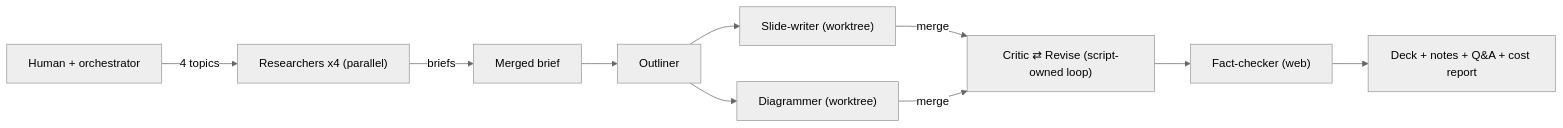
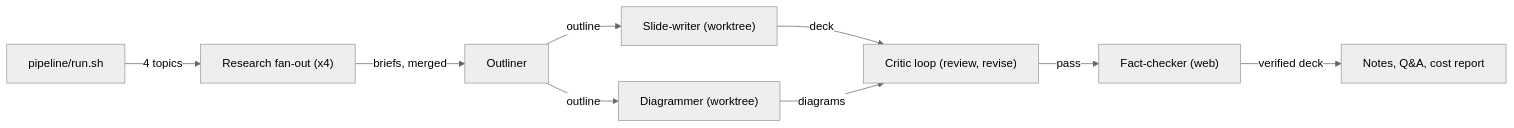
Before and after one commit to xoubish/multiGrits: the diagram in diagrams/meta-pipeline.mmd, drawn with Mermaid (neutral theme). The commit also changed 10 other files, not shown here.

Commit message:
pipeline: diagrammer in worktree diagrams

```diff
--- a/diagrams/meta-pipeline.mmd
+++ b/diagrams/meta-pipeline.mmd
@@ -1,9 +1,9 @@
 flowchart LR
-  H["Human + orchestrator"] -->|4 topics| R["Researchers x4 (parallel)"]
-  R -->|briefs| M["Merged brief"]
-  M --> O["Outliner"]
-  O --> W["Slide-writer (worktree)"]
-  O --> D["Diagrammer (worktree)"]
-  W & D -->|merge| C["Critic ⇄ Revise (script-owned loop)"]
-  C --> F["Fact-checker (web)"]
-  F --> S["Deck + notes + Q&A + cost report"]
+  H["pipeline/run.sh"] -->|"4 topics"| R["Research fan-out (x4)"]
+  R -->|"briefs, merged"| O["Outliner"]
+  O -->|"outline"| W["Slide-writer (worktree)"]
+  O -->|"outline"| D["Diagrammer (worktree)"]
+  W -->|"deck"| C["Critic loop (review, revise)"]
+  D -->|"diagrams"| C
+  C -->|"pass"| FC["Fact-checker (web)"]
+  FC -->|"verified deck"| N["Notes, Q&A, cost report"]
```
